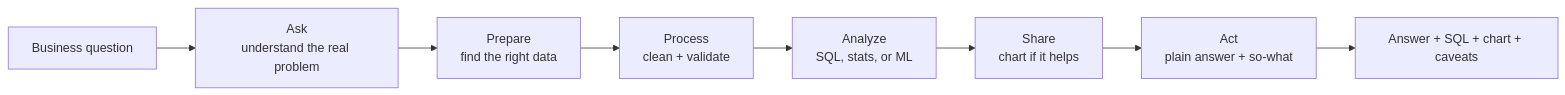
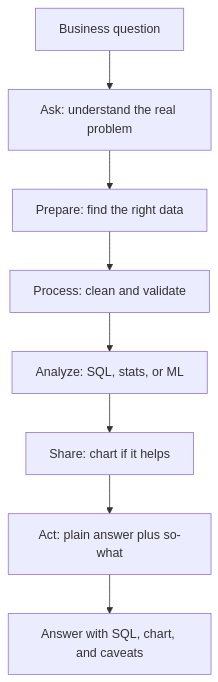
Before and after one commit to rithikahaha/AI-Data-Analyst-Claude-Code: the diagram in README.md, drawn with Mermaid. The commit also changed other lines of this file and 1 other file, not shown here.

Commit message:
Fix mermaid diagrams and drop the Google cert namedrop
Both diagrams (README and ARCHITECTURE.md) used flowchart LR with
multi-line (\n) labels and, in ARCHITECTURE.md, nested parentheses
inside cylinder-shape node syntax, both of which render inconsistently
or get clipped depending on the viewer. Switched both to flowchart TD
with single-line, plain-rectangle labels. Also removed the explicit
Google Data Analytics Certificate reference from the README, the
Ask/Prepare/Process/Analyze/Share/Act structure stays, just without
naming the source.

````diff
--- a/README.md
+++ b/README.md
@@ -30,10 +29,10 @@
 ```mermaid
-flowchart LR
-    Q["Business question"] --> Ask["Ask\nunderstand the real problem"]
-    Ask --> Prepare["Prepare\nfind the right data"]
-    Prepare --> Process["Process\nclean + validate"]
-    Process --> Analyze["Analyze\nSQL, stats, or ML"]
-    Analyze --> Share["Share\nchart if it helps"]
-    Share --> Act["Act\nplain answer + so-what"]
-    Act --> A["Answer + SQL + chart + caveats"]
+flowchart TD
+    Q["Business question"] --> Ask["Ask: understand the real problem"]
+    Ask --> Prepare["Prepare: find the right data"]
+    Prepare --> Process["Process: clean and validate"]
+    Process --> Analyze["Analyze: SQL, stats, or ML"]
+    Analyze --> Share["Share: chart if it helps"]
+    Share --> Act["Act: plain answer plus so-what"]
+    Act --> A["Answer with SQL, chart, and caveats"]
 ```
````
